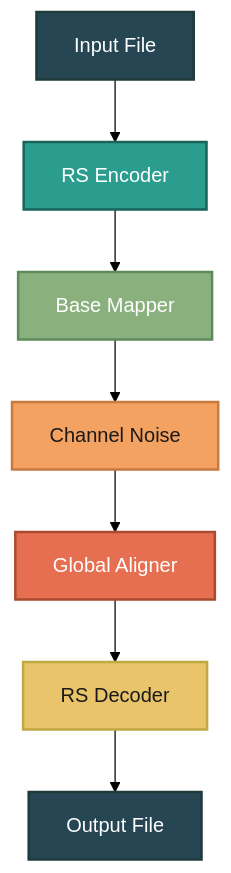
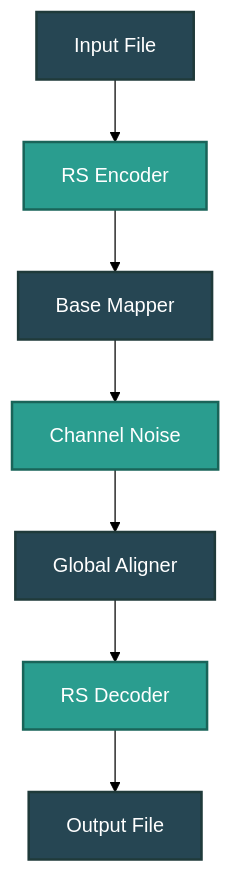
The diagram in README.md (feeka/dna-storage), drawn with Mermaid (forest theme) before and after one commit. The commit also changed other lines of this file, not shown here.

Commit message:
docs: mermaid pipeline TD + apply plot color palette

````diff
--- a/README.md
+++ b/README.md
@@ -8,18 +8,19 @@
 ```mermaid
 graph TD
 	A[Input File] --> B[RS Encoder]
 	B --> C[Base Mapper]
 	C --> D[Channel Noise]
 	D --> E[Global Aligner]
 	E --> F[RS Decoder]
 	F --> G[Output File]
 
-	%% Palette: #264653, #2a9d8f, #8ab17d, #f4a261, #e76f51, #e9c46a
+	%% Two-color palette (primary + accent) borrowed from the pretty plot
+	%% Primary: #264653 (dark teal), Accent: #2a9d8f (green)
 	style A fill:#264653,stroke:#1f3a3a,stroke-width:2px,color:#ffffff
 	style B fill:#2a9d8f,stroke:#196459,stroke-width:2px,color:#ffffff
-	style C fill:#8ab17d,stroke:#5d8a5a,stroke-width:2px,color:#ffffff
-	style D fill:#f4a261,stroke:#c97a3f,stroke-width:2px,color:#1a1a1a
-	style E fill:#e76f51,stroke:#a94a31,stroke-width:2px,color:#ffffff
-	style F fill:#e9c46a,stroke:#c0a843,stroke-width:2px,color:#1a1a1a
+	style C fill:#264653,stroke:#1f3a3a,stroke-width:2px,color:#ffffff
+	style D fill:#2a9d8f,stroke:#196459,stroke-width:2px,color:#ffffff
+	style E fill:#264653,stroke:#1f3a3a,stroke-width:2px,color:#ffffff
+	style F fill:#2a9d8f,stroke:#196459,stroke-width:2px,color:#ffffff
 	style G fill:#264653,stroke:#1f3a3a,stroke-width:2px,color:#ffffff
 ```
````
